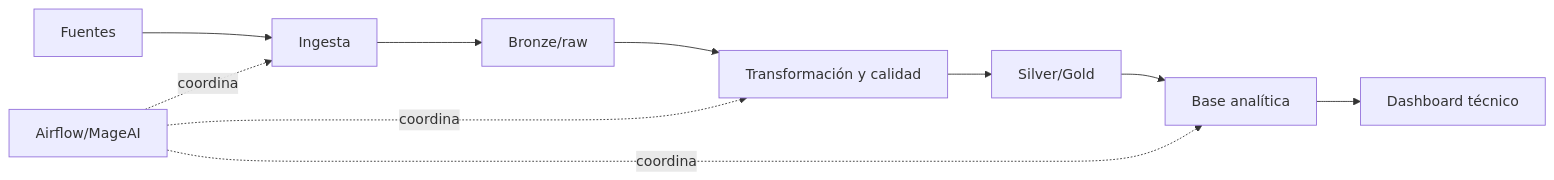
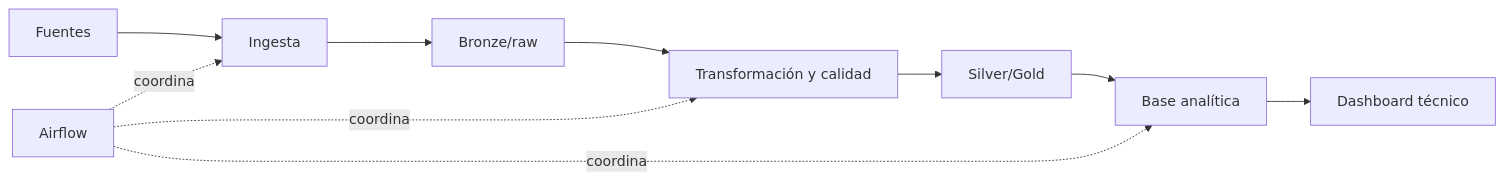
The diagram in ud04-bi-orquestacion/01-teoria/ParteII-Orquestacion/UD_Pipelines_y_Orquestacion_Completa.md (IES-Rafael-Alberti/sistemas-de-big-data), drawn with Mermaid before and after one commit. The commit also changed 30 other files, not shown here.

````diff
--- a/ud04-bi-orquestacion/01-teoria/ParteII-Orquestacion/UD_Pipelines_y_Orquestacion_Completa.md
+++ b/ud04-bi-orquestacion/01-teoria/ParteII-Orquestacion/UD_Pipelines_y_Orquestacion_Completa.md
@@ -49,12 +49,12 @@
 ```mermaid
 flowchart LR
   A[Fuentes] --> B[Ingesta]
   B --> C[Bronze/raw]
   C --> D[Transformación y calidad]
   D --> E[Silver/Gold]
   E --> F[Base analítica]
   F --> G[Dashboard técnico]
-  H[Airflow/MageAI] -. coordina .-> B
+  H[Airflow] -. coordina .-> B
   H -. coordina .-> D
   H -. coordina .-> F
 ```
````
